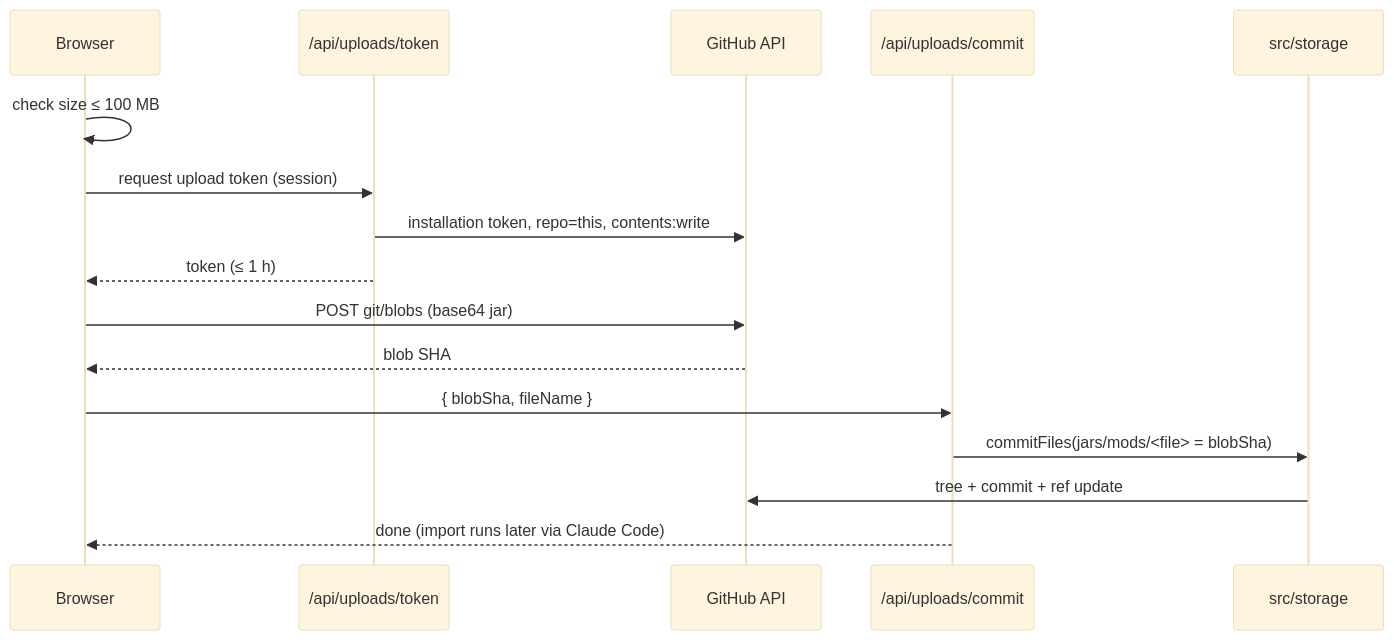
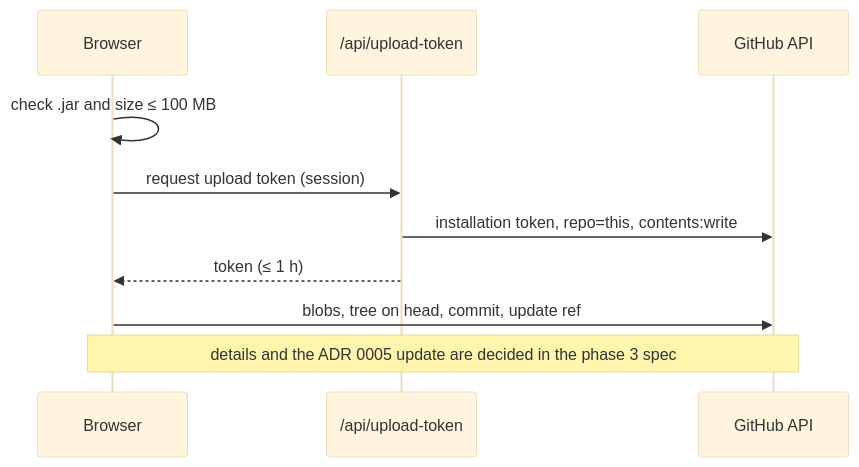
The fourth of 6 diagrams in docs/architecture.md (Jackson-Dataciders/Mineforge), drawn with Mermaid (base theme) before and after one commit. The commit also changed other lines of this file and 90 other files, not shown here.

````diff
--- a/docs/architecture.md
+++ b/docs/architecture.md
@@ -172,18 +205,12 @@
 ```mermaid
 sequenceDiagram
   participant B as Browser
-  participant H as /api/uploads/token
+  participant H as /api/upload-token
   participant GH as GitHub API
-  participant C as /api/uploads/commit
-  participant S as src/storage
-  B->>B: check size ≤ 100 MB
+  B->>B: check .jar and size ≤ 100 MB
   B->>H: request upload token (session)
   H->>GH: installation token, repo=this, contents:write
   H-->>B: token (≤ 1 h)
-  B->>GH: POST git/blobs (base64 jar)
-  GH-->>B: blob SHA
-  B->>C: { blobSha, fileName }
-  C->>S: commitFiles(jars/mods/<file> = blobSha)
-  S->>GH: tree + commit + ref update
-  C-->>B: done (import runs later via Claude Code)
+  B->>GH: blobs, tree on head, commit, update ref
+  Note over B,GH: details and the ADR 0005 update are decided in the phase 3 spec
 ```
````
